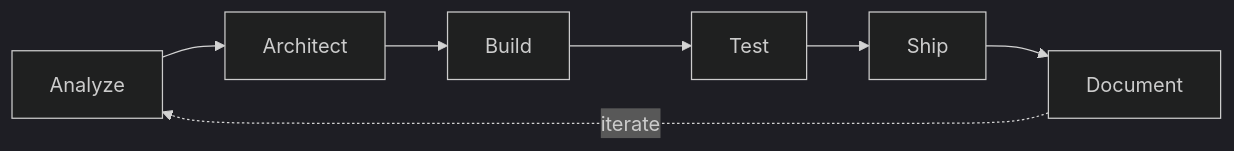
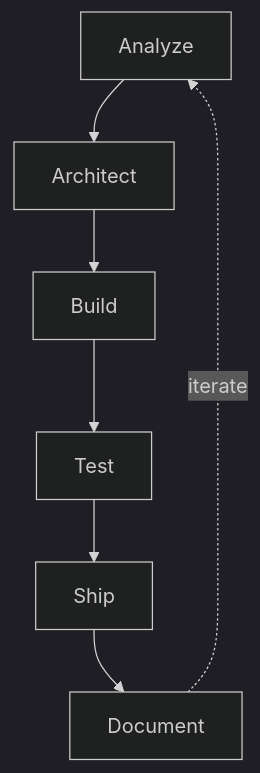
One commit to sebastianjaimesr/sebastianjaimesr changed the diagram in README.md. Above: the diagram before and after it, drawn with Mermaid (dark theme).

Commit message:
Diagrama How I build en vertical para que no se corte
Claude-Session: https://claude.ai/code/session_011eY8w6v3x34D1LsGAGEzBj

````diff
--- a/README.md
+++ b/README.md
@@ -58,5 +58,6 @@
 ```mermaid
-flowchart LR
-    A[Analyze] --> B[Architect] --> C[Build] --> D[Test] --> E[Ship] --> F[Document]
+flowchart TB
+    A[Analyze] --> B[Architect] --> C[Build]
+    C --> D[Test] --> E[Ship] --> F[Document]
     F -.->|iterate| A
 ```
````
